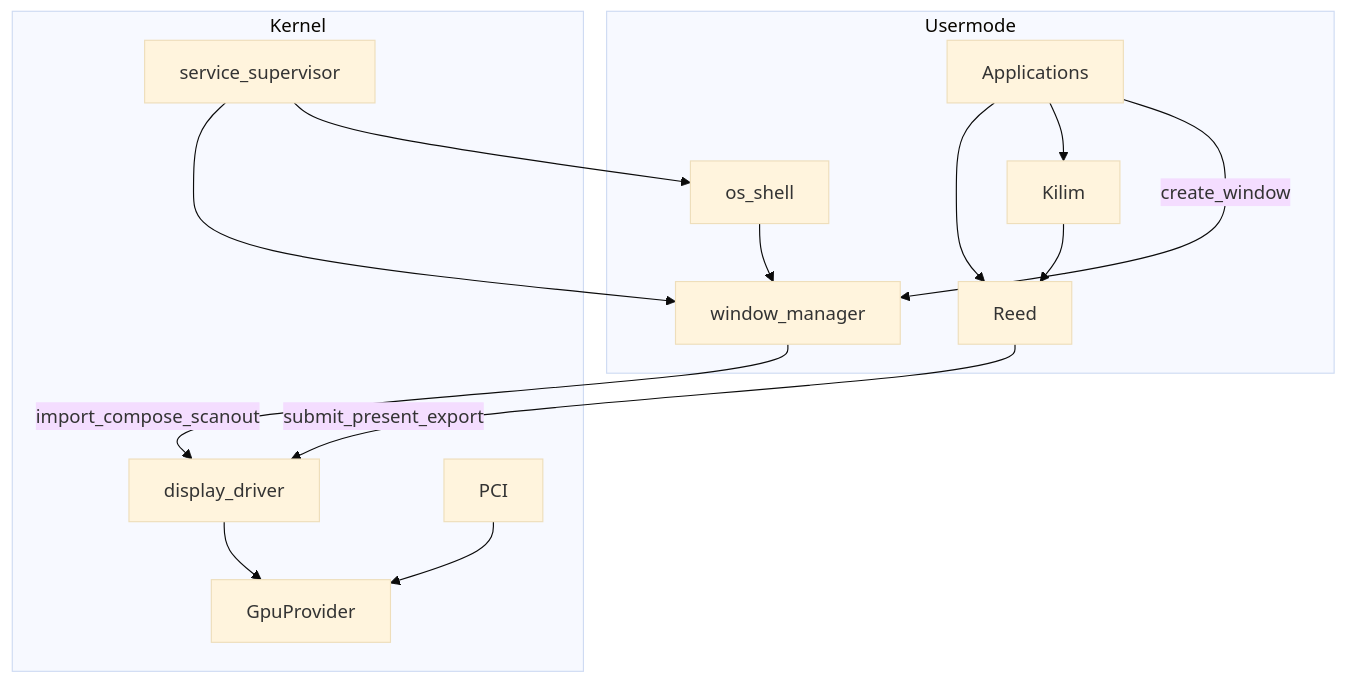
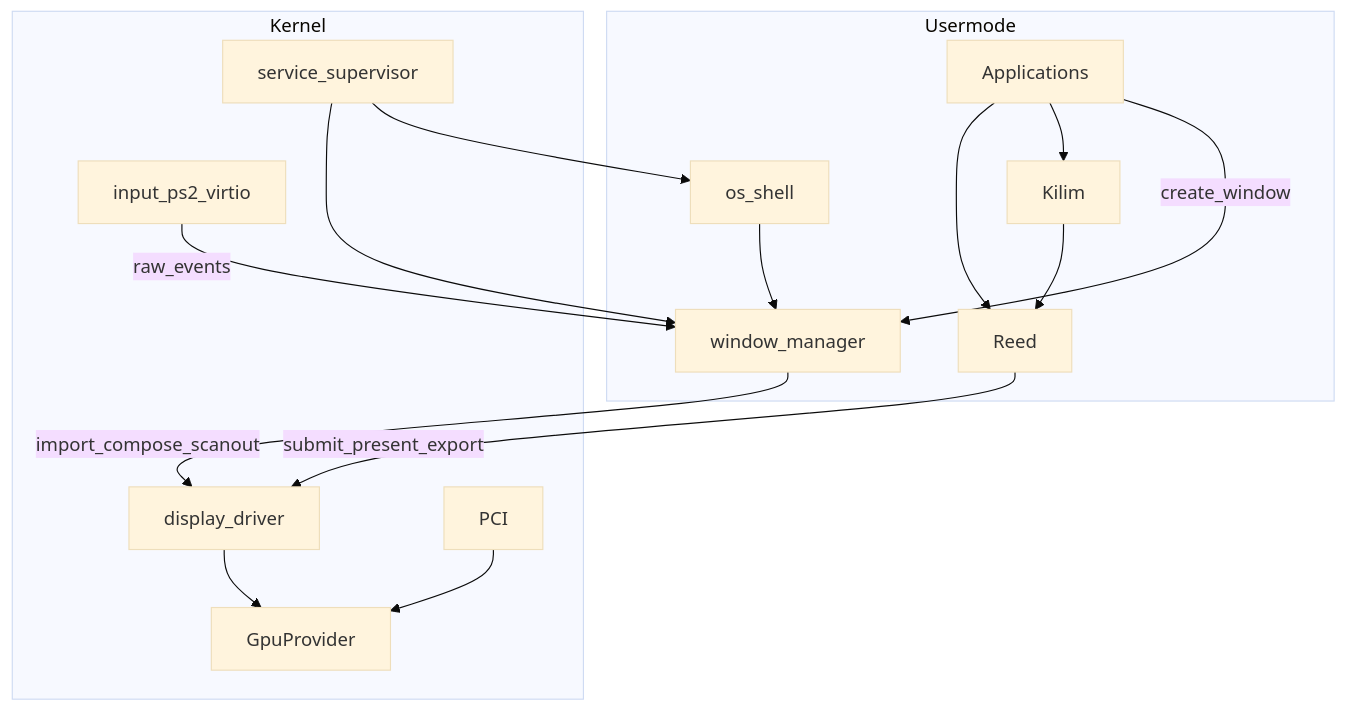
Before and after one commit to hasirciogluhq/hsrc-kernel: the diagram in .cursor/plans/gpu_display_stack_bc5f6172.plan.md, drawn with Mermaid (base theme). The commit also changed other lines of this file and 1 other file, not shown here.

````diff
--- a/.cursor/plans/gpu_display_stack_bc5f6172.plan.md
+++ b/.cursor/plans/gpu_display_stack_bc5f6172.plan.md
@@ -64,27 +68,29 @@
 ```mermaid
 flowchart TB
   subgraph usermode [Usermode]
     Kilim[Kilim]
     Reed[Reed]
     App[Applications]
     WM[window_manager]
     Shell[os_shell]
   end
   subgraph kernel [Kernel]
     DD[display_driver]
     GP[GpuProvider]
     SVC[service_supervisor]
     PCI[PCI]
+    INP[input_ps2_virtio]
   end
   Kilim --> Reed
   App --> Reed
   App --> Kilim
   App -->|"create_window"| WM
   Reed -->|"submit_present_export"| DD
   WM -->|"import_compose_scanout"| DD
   Shell --> WM
+  INP -->|"raw_events"| WM
   DD --> GP
   PCI --> GP
   SVC --> WM
   SVC --> Shell
 ```
````
